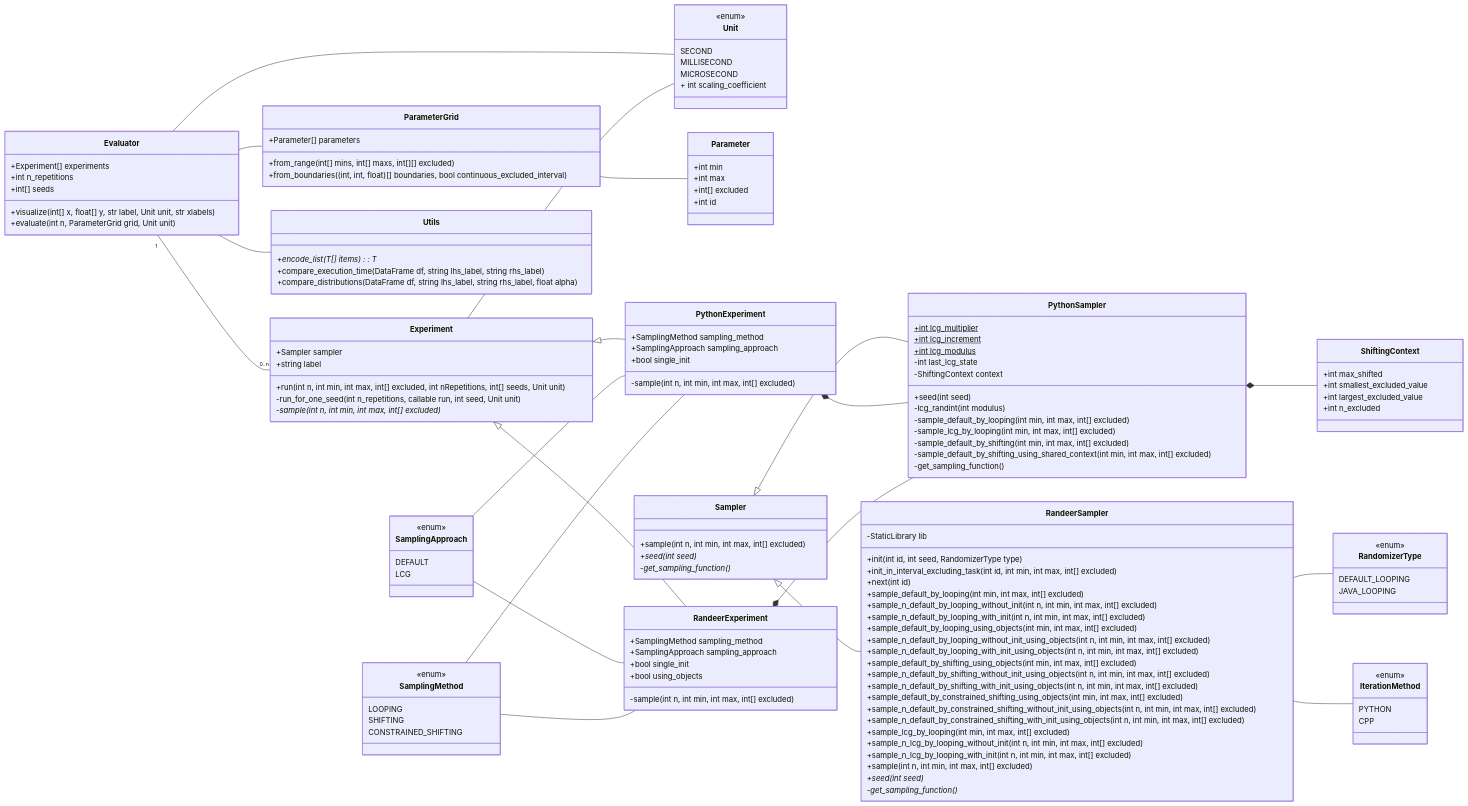
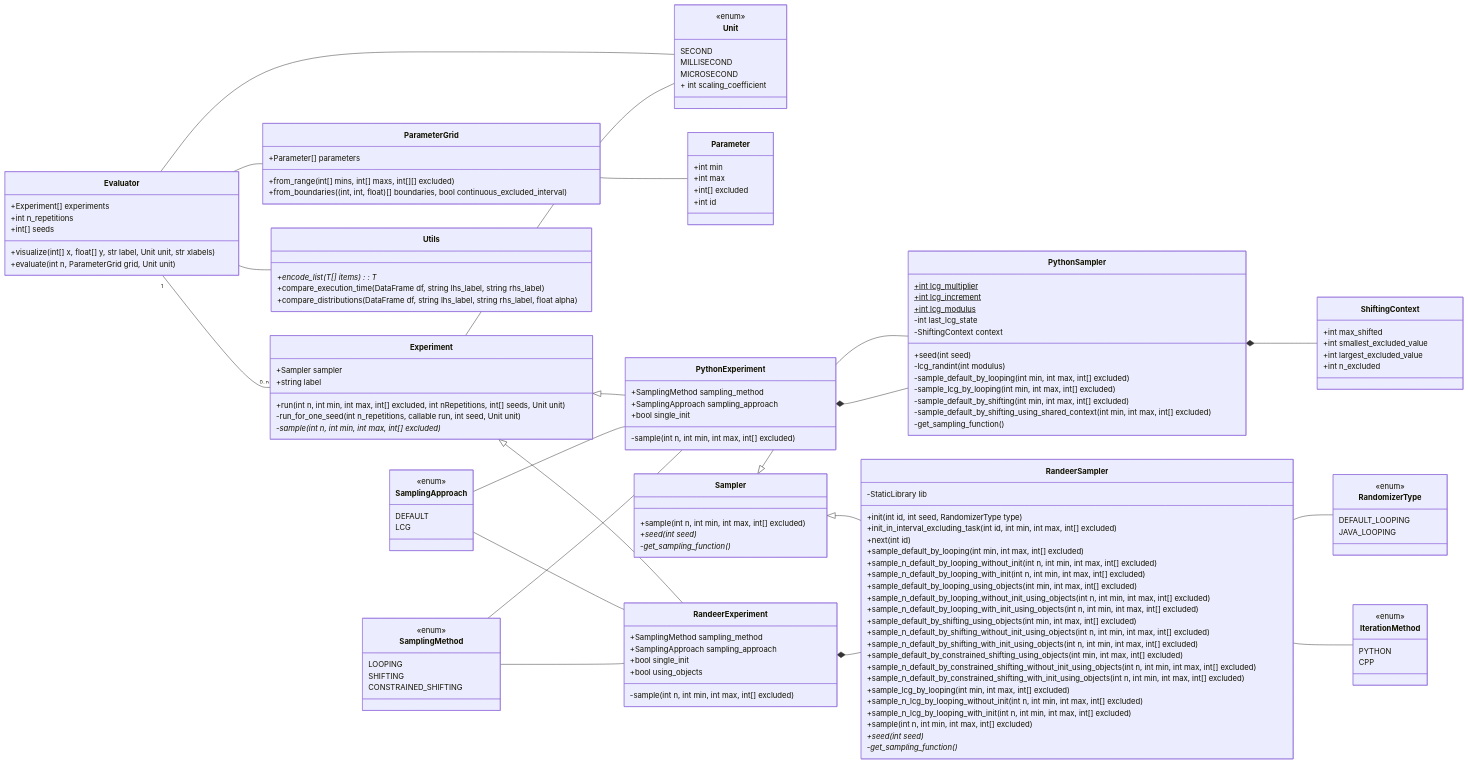
The first of 3 diagrams in README.md (zeionara/errand), drawn with Mermaid before and after one commit.

Commit message:
Fixed link between RandeerExperiment and RandeerSampler on the main uml class diagram

```diff
--- a/README.md
+++ b/README.md
@@ -52,7 +52,7 @@
 
 PythonSampler *-- ShiftingContext
 PythonExperiment *-- PythonSampler
-RandeerExperiment *-- PythonSampler
+RandeerExperiment *-- RandeerSampler
 
 RandeerSampler -- RandomizerType
 RandeerSampler -- IterationMethod
```
